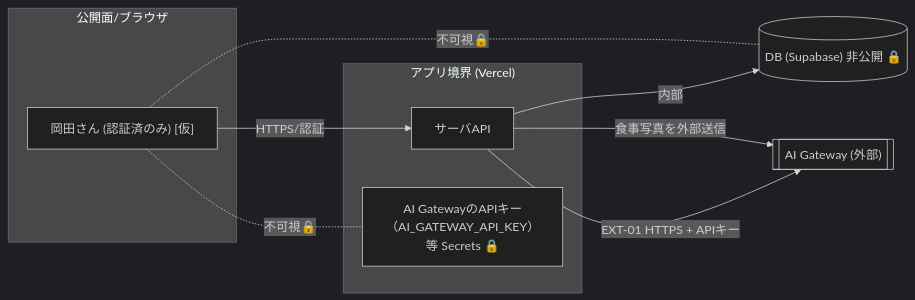
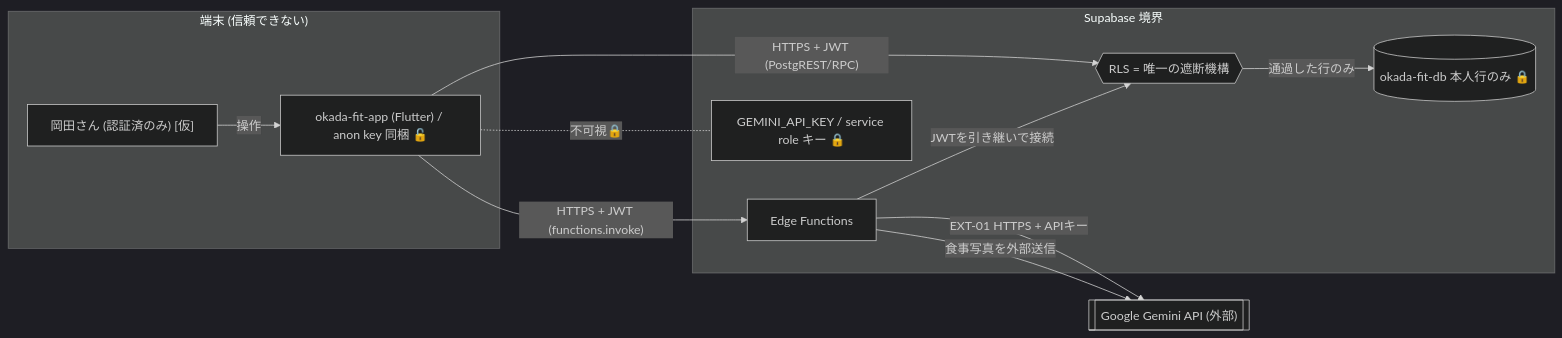
The diagram in docs/02_設計/10_システム基本設計/02_境界.md (k-okada51/okada-fit), drawn with Mermaid (dark theme) before and after one commit. The commit also changed other lines of this file and 37 other files, not shown here.

````diff
--- a/docs/02_設計/10_システム基本設計/02_境界.md
+++ b/docs/02_設計/10_システム基本設計/02_境界.md
@@ -19,19 +19,23 @@
 ```mermaid
 flowchart LR
-  subgraph PUB[公開面/ブラウザ]
+  subgraph PUB["端末 (信頼できない)"]
     U["岡田さん (認証済のみ) [仮]"]
+    APP["okada-fit-app (Flutter) / anon key 同梱 🔓"]
   end
-  subgraph APP["アプリ境界 (Vercel)"]
-    API["サーバAPI"]
-    SEC["AI GatewayのAPIキー（AI_GATEWAY_API_KEY）等 Secrets 🔒"]
+  subgraph SB["Supabase 境界"]
+    RLS{{"RLS = 唯一の遮断機構"}}
+    FN["Edge Functions"]
+    SEC["GEMINI_API_KEY / service role キー 🔒"]
+    DB[("okada-fit-db 本人行のみ 🔒")]
   end
-  DB[("DB (Supabase) 非公開 🔒")]
-  AIGW[["AI Gateway (外部)"]]
+  GEMINI[["Google Gemini API (外部)"]]
 
-  U -- HTTPS/認証 --> API
-  API -- 内部 --> DB
-  API -- "EXT-01 HTTPS + APIキー" --> AIGW
-  U -. 不可視🔒 .- SEC
-  U -. 不可視🔒 .- DB
-  API -- 食事写真を外部送信 --> AIGW
+  U -- 操作 --> APP
+  APP -- "HTTPS + JWT (PostgREST/RPC)" --> RLS
+  APP -- "HTTPS + JWT (functions.invoke)" --> FN
+  RLS -- 通過した行のみ --> DB
+  FN -- JWTを引き継いで接続 --> RLS
+  FN -- "EXT-01 HTTPS + APIキー" --> GEMINI
+  APP -. 不可視🔒 .- SEC
+  FN -- 食事写真を外部送信 --> GEMINI
 ```
````
